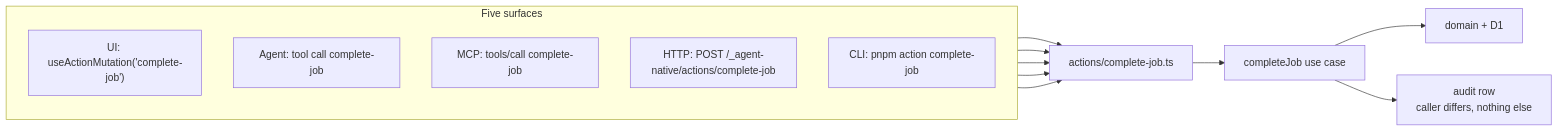
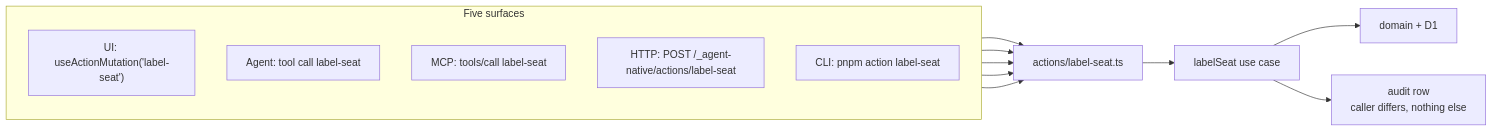
The fourth of 14 diagrams in ARCHITECTURE.md (anbergem/seating-arrangement), drawn with Mermaid before and after one commit. The commit also changed other lines of this file and 203 other files, not shown here.

````diff
--- a/ARCHITECTURE.md
+++ b/ARCHITECTURE.md
@@ -186,19 +213,19 @@
 ```mermaid
 flowchart LR
   subgraph "Five surfaces"
     direction TB
-    S1["UI: useActionMutation('complete-job')"]
-    S2["Agent: tool call complete-job"]
-    S3["MCP: tools/call complete-job"]
-    S4["HTTP: POST /_agent-native/actions/complete-job"]
-    S5["CLI: pnpm action complete-job"]
+    S1["UI: useActionMutation('label-seat')"]
+    S2["Agent: tool call label-seat"]
+    S3["MCP: tools/call label-seat"]
+    S4["HTTP: POST /_agent-native/actions/label-seat"]
+    S5["CLI: pnpm action label-seat"]
   end
   S1 --> ACT
   S2 --> ACT
   S3 --> ACT
   S4 --> ACT
   S5 --> ACT
-  ACT["actions/complete-job.ts"] --> UC["completeJob use case"]
+  ACT["actions/label-seat.ts"] --> UC["labelSeat use case"]
   UC --> DOM["domain + D1"]
   UC --> AUD["audit row<br/>caller differs, nothing else"]
 ```
````
